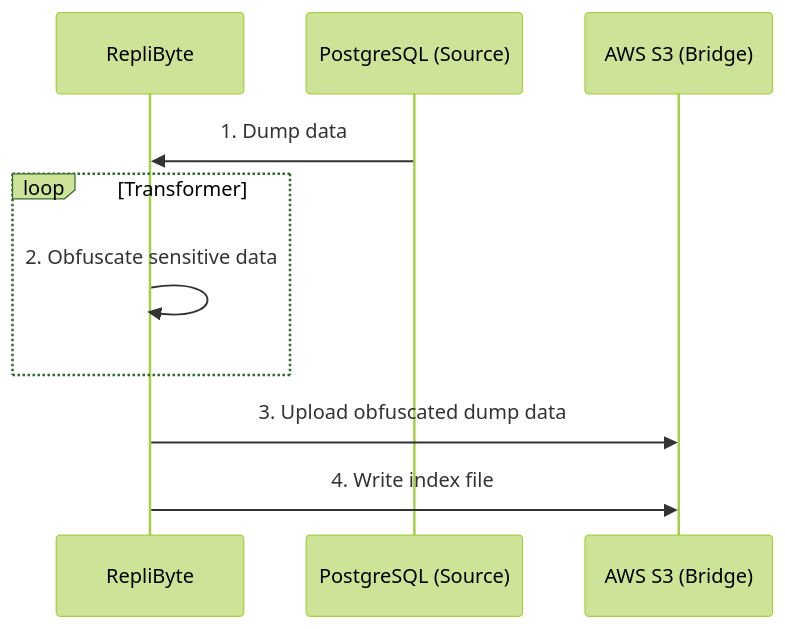
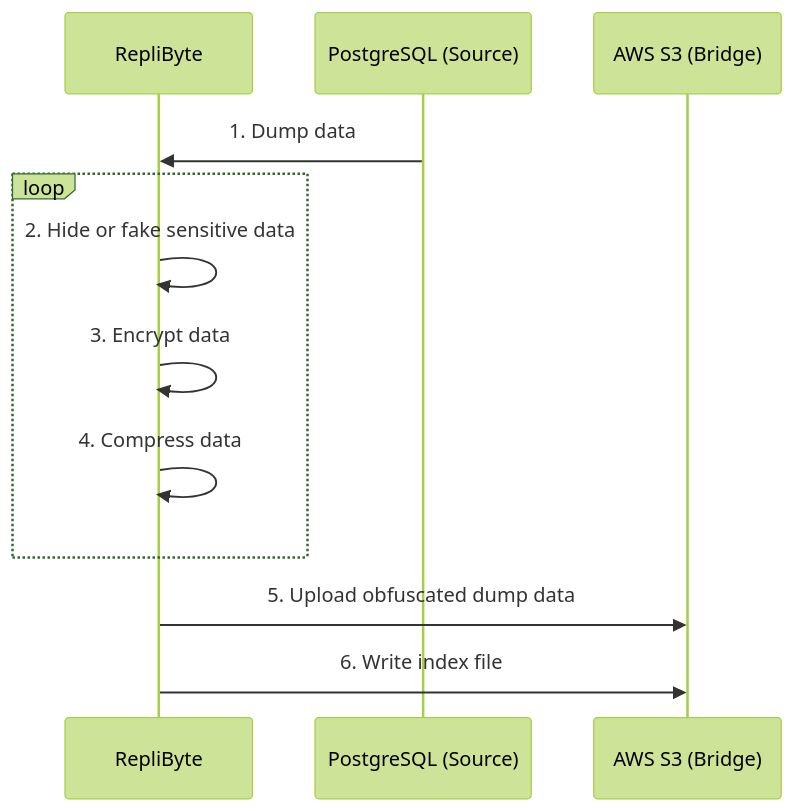
Before and after one commit to Qovery/Replibyte: the first of 2 diagrams in README.md, drawn with Mermaid (forest theme). The commit also changed other lines of this file and 9 other files, not shown here.

````diff
--- a/README.md
+++ b/README.md
@@ -161,12 +163,14 @@
 ```mermaid
 sequenceDiagram
     participant RepliByte
     participant PostgreSQL (Source)
     participant AWS S3 (Bridge)
     PostgreSQL (Source)->>RepliByte: 1. Dump data
-    loop Transformer
-        RepliByte->>RepliByte: 2. Obfuscate sensitive data
+    loop
+        RepliByte->>RepliByte: 2. Hide or fake sensitive data
+        RepliByte->>RepliByte: 3. Encrypt data
+        RepliByte->>RepliByte: 4. Compress data
     end
-    RepliByte->>AWS S3 (Bridge): 3. Upload obfuscated dump data
-    RepliByte->>AWS S3 (Bridge): 4. Write index file
+    RepliByte->>AWS S3 (Bridge): 5. Upload obfuscated dump data
+    RepliByte->>AWS S3 (Bridge): 6. Write index file
 ```
````
